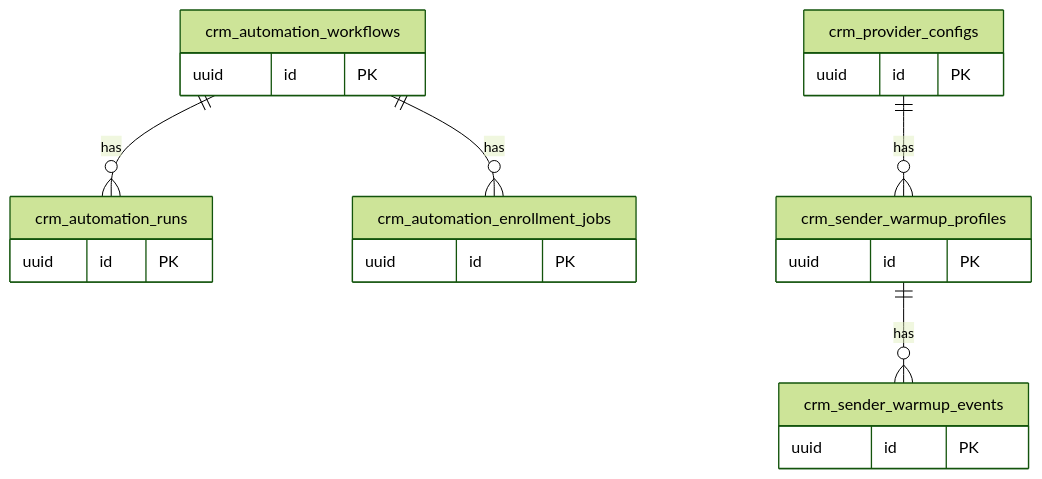
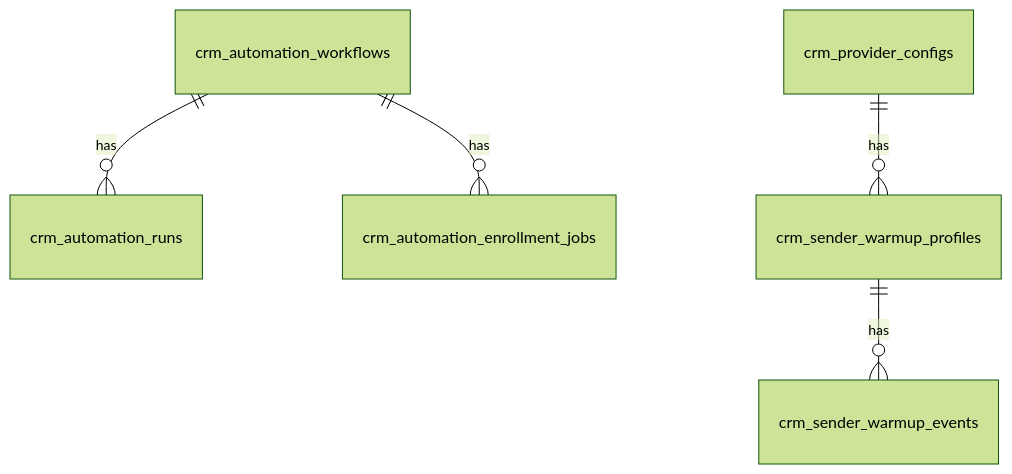
Before and after one commit to Saksham-Gupta-GH/ER-Diagram: the eighth of 8 diagrams in Mermaid_Diagrams.md, drawn with Mermaid (forest theme). The commit also changed other lines of this file, not shown here.

Commit message:
fix: remove columns from Mermaid diagrams to prevent GitHub timeout

````diff
--- a/Mermaid_Diagrams.md
+++ b/Mermaid_Diagrams.md
@@ -471,25 +253,7 @@
 ```mermaid
 erDiagram
   crm_automation_workflows ||--o{ crm_automation_runs : "has"
   crm_automation_workflows ||--o{ crm_automation_enrollment_jobs : "has"
   crm_provider_configs ||--o{ crm_sender_warmup_profiles : "has"
   crm_sender_warmup_profiles ||--o{ crm_sender_warmup_events : "has"
-  crm_automation_runs {
-    uuid id PK
-  }
-  crm_automation_workflows {
-    uuid id PK
-  }
-  crm_automation_enrollment_jobs {
-    uuid id PK
-  }
-  crm_sender_warmup_profiles {
-    uuid id PK
-  }
-  crm_provider_configs {
-    uuid id PK
-  }
-  crm_sender_warmup_events {
-    uuid id PK
-  }
 ```
````
